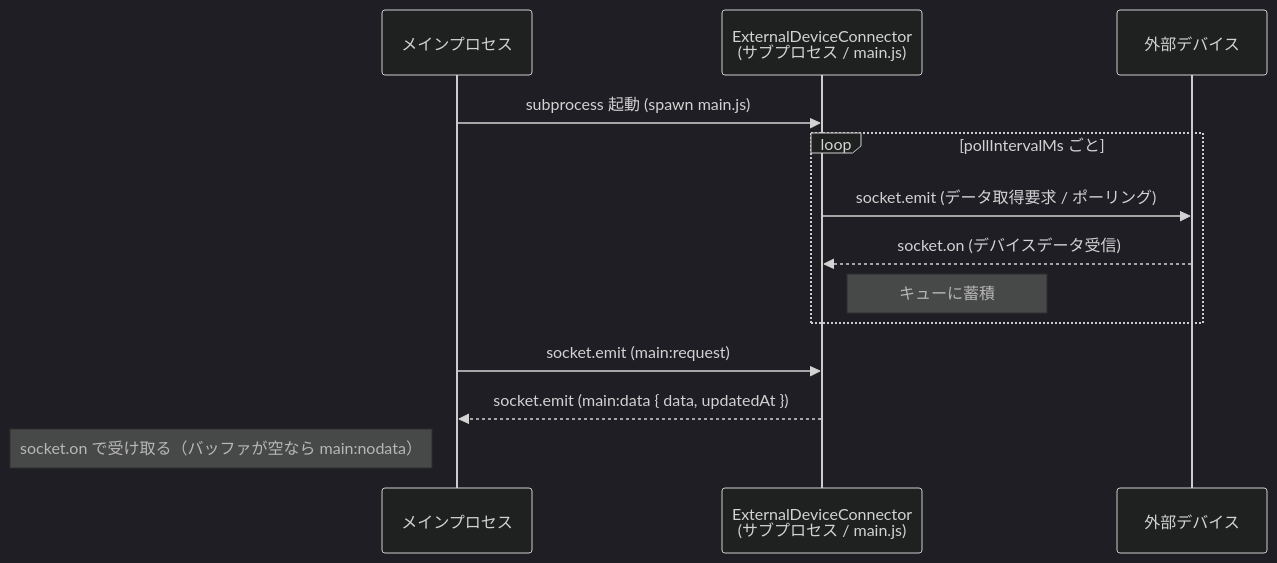
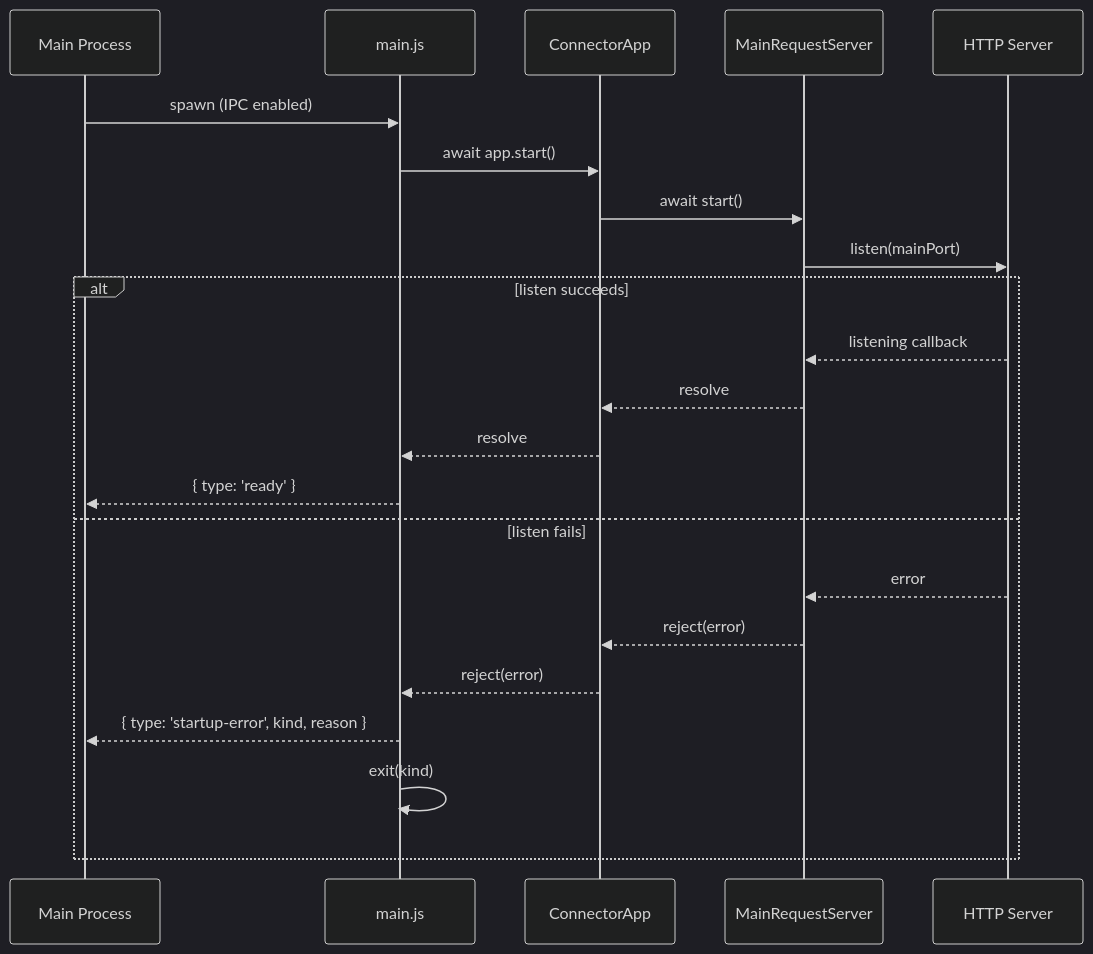
Before and after one commit to FourHyphen/private_work: the diagram in javascript/DeviceConnect/ExternalDeviceConnector/ReadMe.md, drawn with Mermaid (dark theme). The commit also changed other lines of this file and 6 other files, not shown here.

````diff
--- a/javascript/DeviceConnect/ExternalDeviceConnector/ReadMe.md
+++ b/javascript/DeviceConnect/ExternalDeviceConnector/ReadMe.md
@@ -211,18 +281,25 @@
 ```mermaid
 sequenceDiagram
-    participant MP as メインプロセス
-    participant EDC as ExternalDeviceConnector<br/>(サブプロセス / main.js)
-    participant ED as 外部デバイス
+    participant MP as Main Process
+    participant M as main.js
+    participant A as ConnectorApp
+    participant S as MainRequestServer
+    participant H as HTTP Server
 
-    MP->>EDC: subprocess 起動 (spawn main.js)
-
-    loop pollIntervalMs ごと
-        EDC->>ED: socket.emit (データ取得要求 / ポーリング)
-        ED-->>EDC: socket.on (デバイスデータ受信)
-        Note right of EDC: キューに蓄積
+    MP->>M: spawn (IPC enabled)
+    M->>A: await app.start()
+    A->>S: await start()
+    S->>H: listen(mainPort)
+    alt listen succeeds
+        H-->>S: listening callback
+        S-->>A: resolve
+        A-->>M: resolve
+        M-->>MP: { type: 'ready' }
+    else listen fails
+        H-->>S: error
+        S-->>A: reject(error)
+        A-->>M: reject(error)
+        M-->>MP: { type: 'startup-error', kind, reason }
+        M->>M: exit(kind)
     end
-
-    MP->>EDC: socket.emit (main:request)
-    EDC-->>MP: socket.emit (main:data { data, updatedAt })
-    Note left of MP: socket.on で受け取る（バッファが空なら main:nodata）
 ```
````
